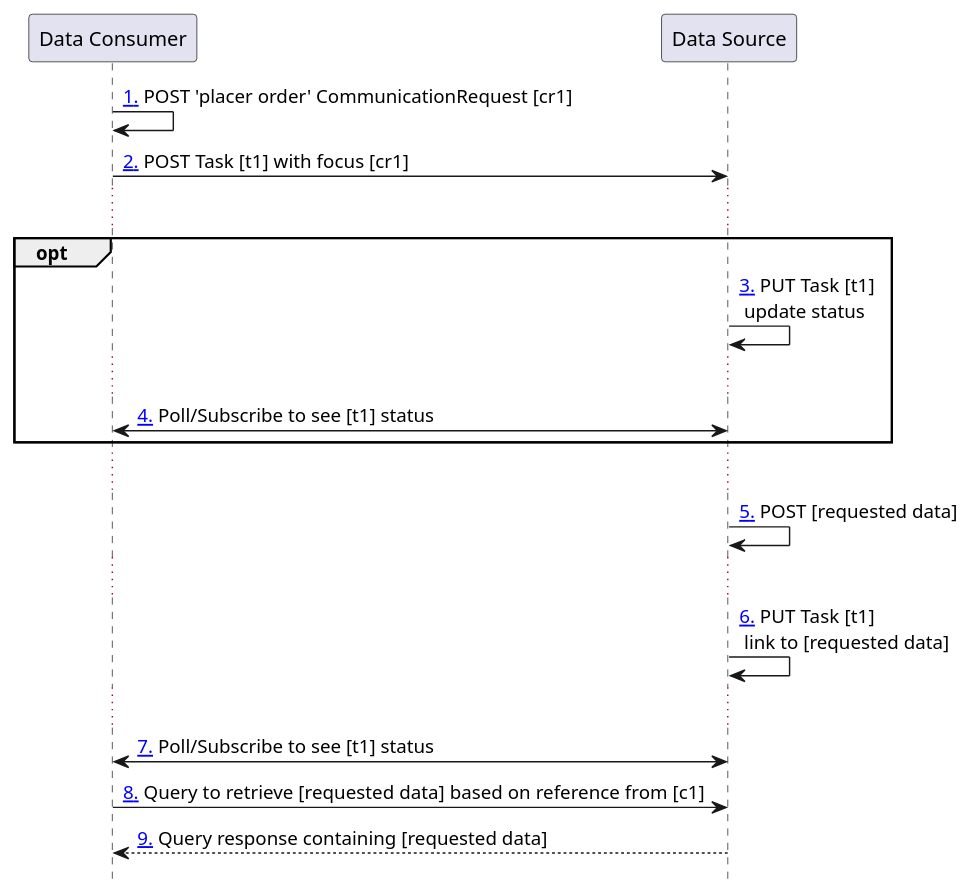
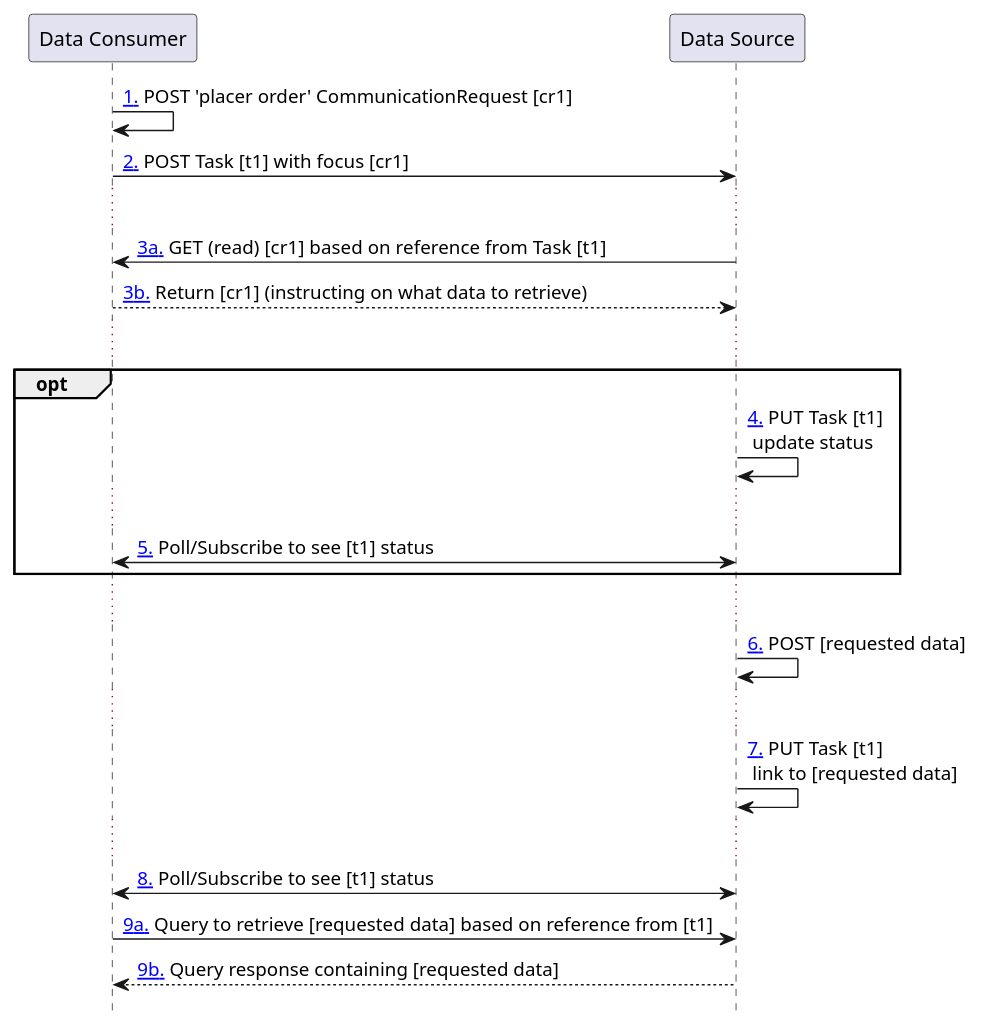
One commit to HL7/davinci-ehrx changed the diagram in input/images-source/communicationrequest-task.plantuml. Above: the diagram before and after it, drawn with PlantUML. The commit also changed 12 other files, not shown here.

Commit message:
Diagram corrections, added task diagram

```diff
--- a/input/images-source/communicationrequest-task.plantuml
+++ b/input/images-source/communicationrequest-task.plantuml
@@ -1,22 +1,25 @@
 @startuml
 hide footbox
 participant "Data Consumer" as Consumer
 participant "Data Source" as Source
 Consumer -> Consumer: [[#cr-task1 1.]] POST 'placer order' CommunicationRequest [cr1]
 Consumer -> Source: [[#cr-task2 2.]] POST Task [t1] with focus [cr1]
 ...
+Consumer <- Source: [[#cr-task3 3a.]] GET (read) [cr1] based on reference from Task [t1]
+Consumer --> Source: [[#cr-task3 3b.]] Return [cr1] (instructing on what data to retrieve)
+...
 opt
-Source -> Source: [[#cr-task3 3.]] PUT Task [t1]\n update status
+Source -> Source: [[#cr-task4 4.]] PUT Task [t1]\n update status
 ...
-Consumer <-> Source: [[#cr-task4 4.]] Poll/Subscribe to see [t1] status
+Consumer <-> Source: [[#cr-task5 5.]] Poll/Subscribe to see [t1] status
 end
 ...
-Source -> Source: [[#cr-task5 5.]] POST [requested data]
+Source -> Source: [[#cr-task6 6.]] POST [requested data]
 ...
-Source -> Source: [[#cr-task6 6.]] PUT Task [t1]\n link to [requested data]
+Source -> Source: [[#cr-task7 7.]] PUT Task [t1]\n link to [requested data]
 ...
-Consumer <-> Source: [[#cr-task7 7.]] Poll/Subscribe to see [t1] status
+Consumer <-> Source: [[#cr-task8 8.]] Poll/Subscribe to see [t1] status
 
-Consumer -> Source: [[#cr-task8 8.]] Query to retrieve [requested data] based on reference from [c1]
-Consumer <-- Source: [[#cr-task9 9.]] Query response containing [requested data]
+Consumer -> Source: [[#cr-task9 9a.]] Query to retrieve [requested data] based on reference from [t1]
+Consumer <-- Source: [[#cr-task9 9b.]] Query response containing [requested data]
 @enduml
```
